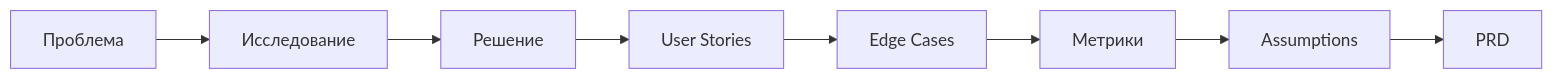
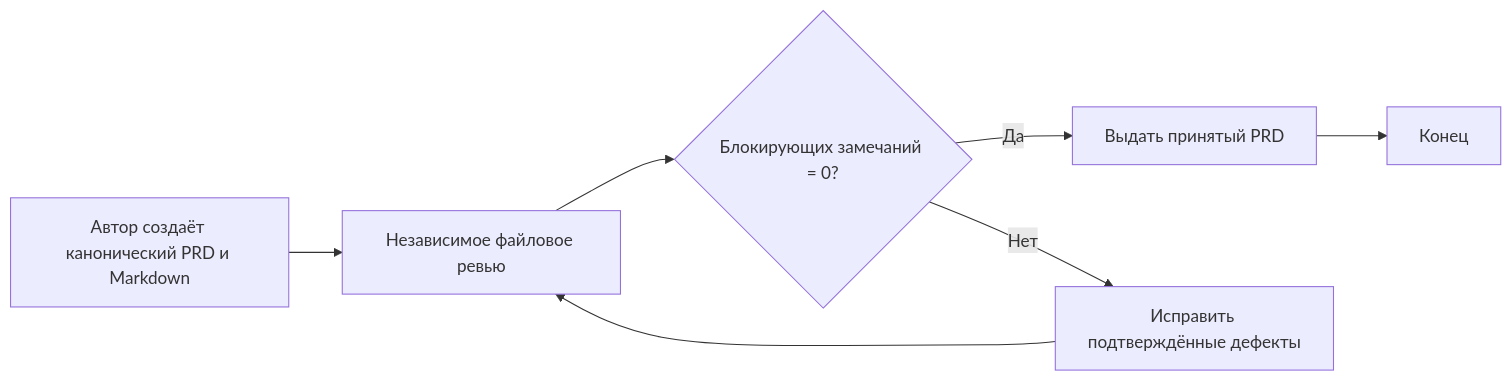
One commit to moira-mcp/moira changed the diagram in packages/docs/src/content/docs/ru/docs/reference/workflows/prd-creation.mdx. Above: the diagram before and after it, drawn with Mermaid. The commit also changed other lines of this file and 72 other files, not shown here.

````diff
--- a/packages/docs/src/content/docs/ru/docs/reference/workflows/prd-creation.mdx
+++ b/packages/docs/src/content/docs/ru/docs/reference/workflows/prd-creation.mdx
@@ -18,10 +65,9 @@
-```mermaid
+~~~mermaid
 flowchart LR
-    A[Проблема] --> B[Исследование]
-    B --> C[Решение]
-    C --> D[User Stories]
-    D --> E[Edge Cases]
-    E --> F[Метрики]
-    F --> G[Assumptions]
-    G --> H[PRD]
-```
+    A[Автор создаёт канонический PRD и Markdown] --> B[Независимое файловое ревью]
+    B --> C{Блокирующих замечаний = 0?}
+    C -- Да --> D[Выдать принятый PRD]
+    D --> E[Конец]
+    C -- Нет --> F[Исправить подтверждённые дефекты]
+    F --> B
+~~~
````
